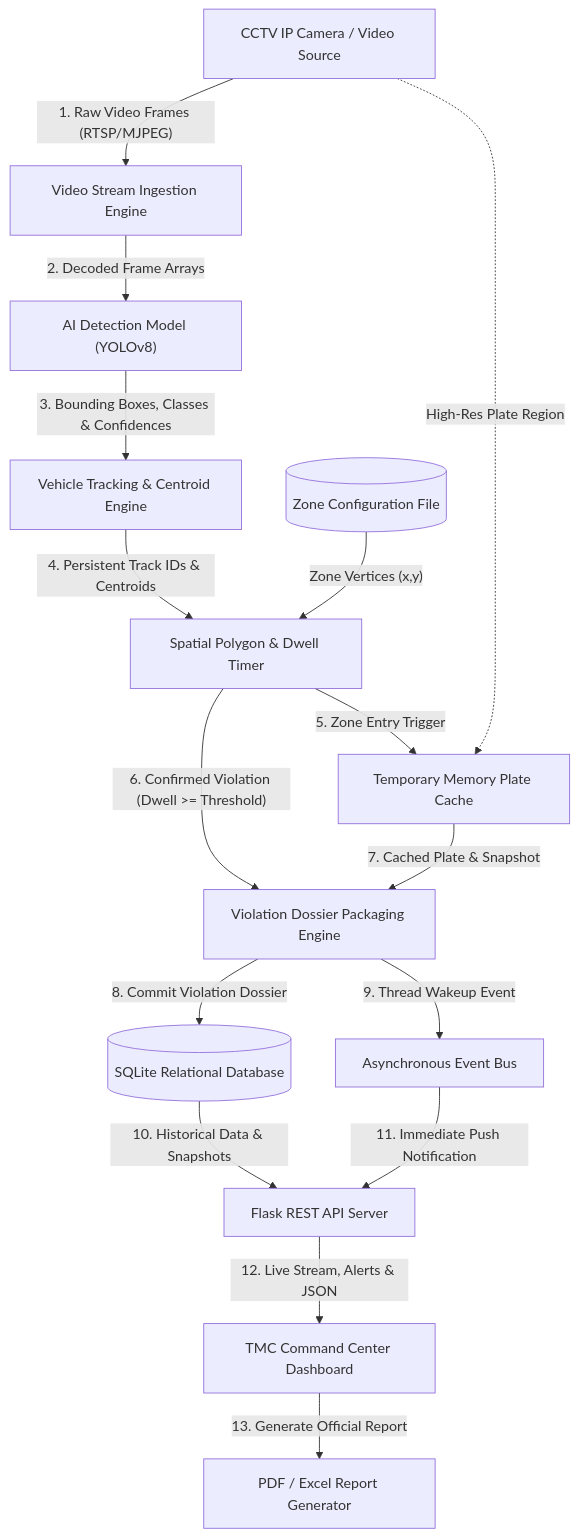
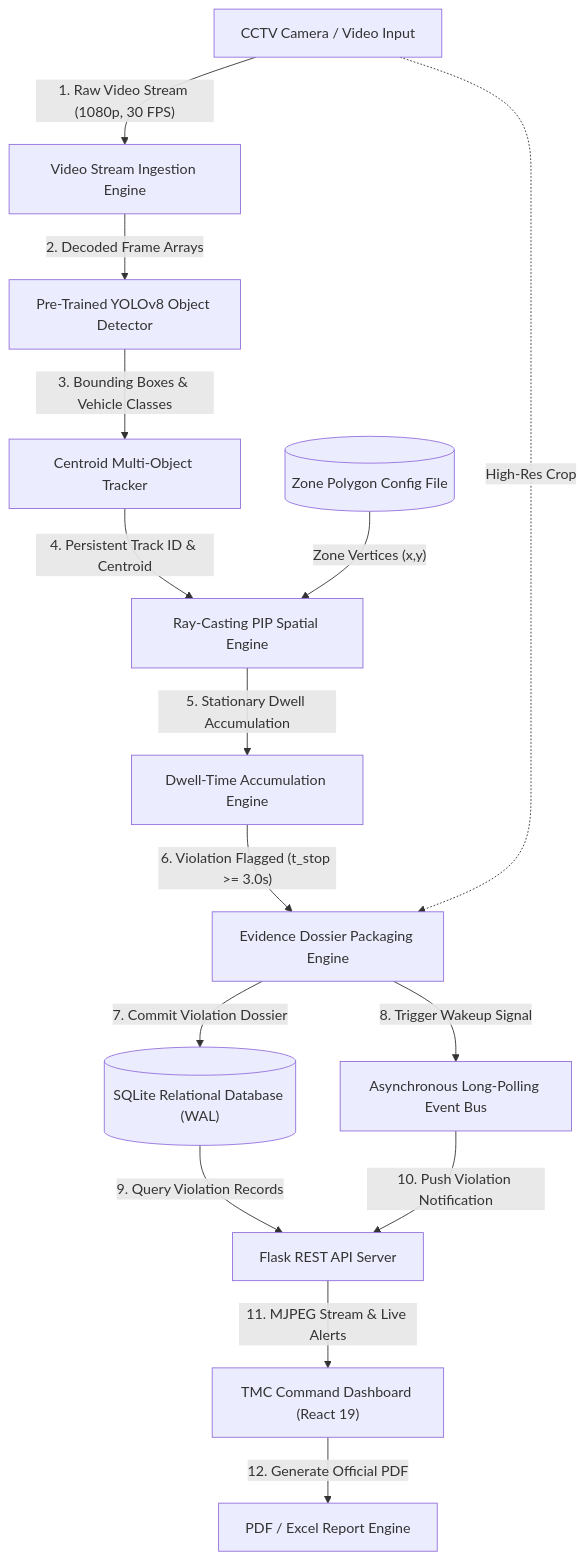
Before and after one commit to Chun-taro/AI-Powered-Yellow-Box-Zone-Violation-Monitoring-System: the fourth of 6 diagrams in docs/Revised_Research_Paper.md, drawn with Mermaid. The commit also changed other lines of this file and 8 other files, not shown here.

Commit message:
fix(detection, docs): restore full-scene vehicle tracking, optimize startup warm-up, and clean manuscript diagrams

````diff
--- a/docs/Revised_Research_Paper.md
+++ b/docs/Revised_Research_Paper.md
@@ -520,23 +531,17 @@
 ```mermaid
 flowchart TD
-    Camera["CCTV IP Camera / Video Source"] -->|"1. Raw Video Frames (RTSP/MJPEG)"| StreamEngine["Video Stream Ingestion Engine"]
-    StreamEngine -->|"2. Decoded Frame Arrays"| AIModule["AI Detection Model (YOLOv8)"]
-    AIModule -->|"3. Bounding Boxes, Classes & Confidences"| Tracker["Vehicle Tracking & Centroid Engine"]
-    Tracker -->|"4. Persistent Track IDs & Centroids"| SpatialEngine["Spatial Polygon & Dwell Timer"]
-    Config[("Zone Configuration File")] -->|"Zone Vertices (x,y)"| SpatialEngine
-    
-    SpatialEngine -->|"5. Zone Entry Trigger"| PlateCache["Temporary Memory Plate Cache"]
-    Camera -.->|"High-Res Plate Region"| PlateCache
-    
-    SpatialEngine -->|"6. Confirmed Violation (Dwell >= Threshold)"| ViolationEngine["Violation Dossier Packaging Engine"]
-    PlateCache -->|"7. Cached Plate & Snapshot"| ViolationEngine
-    
-    ViolationEngine -->|"8. Commit Violation Dossier"| Database[("SQLite Relational Database")]
-    ViolationEngine -->|"9. Thread Wakeup Event"| EventBus["Asynchronous Event Bus"]
-    
-    Database -->|"10. Historical Data & Snapshots"| APIBackend["Flask REST API Server"]
-    EventBus -->|"11. Immediate Push Notification"| APIBackend
-    
-    APIBackend -->|"12. Live Stream, Alerts & JSON"| Dashboard["TMC Command Center Dashboard"]
-    Dashboard -->|"13. Generate Official Report"| ReportEngine["PDF / Excel Report Generator"]
+    Camera["CCTV Camera / Video Input"] -->|"1. Raw Video Stream (1080p, 30 FPS)"| Ingest["Video Stream Ingestion Engine"]
+    Ingest -->|"2. Decoded Frame Arrays"| AI_Det["Pre-Trained YOLOv8 Object Detector"]
+    AI_Det -->|"3. Bounding Boxes & Vehicle Classes"| Tracker["Centroid Multi-Object Tracker"]
+    Tracker -->|"4. Persistent Track ID & Centroid"| Spatial["Ray-Casting PIP Spatial Engine"]
+    Config[("Zone Polygon Config File")] -->|"Zone Vertices (x,y)"| Spatial
+    Spatial -->|"5. Stationary Dwell Accumulation"| DwellTimer["Dwell-Time Accumulation Engine"]
+    DwellTimer -->|"6. Violation Flagged (t_stop >= 3.0s)"| Packaging["Evidence Dossier Packaging Engine"]
+    Camera -.->|"High-Res Crop"| Packaging
+    Packaging -->|"7. Commit Violation Dossier"| Database[("SQLite Relational Database (WAL)")]
+    Packaging -->|"8. Trigger Wakeup Signal"| EventBus["Asynchronous Long-Polling Event Bus"]
+    Database -->|"9. Query Violation Records"| BackendAPI["Flask REST API Server"]
+    EventBus -->|"10. Push Violation Notification"| BackendAPI
+    BackendAPI -->|"11. MJPEG Stream & Live Alerts"| Dashboard["TMC Command Dashboard (React 19)"]
+    Dashboard -->|"12. Generate Official PDF"| ReportGen["PDF / Excel Report Engine"]
 ```
````
